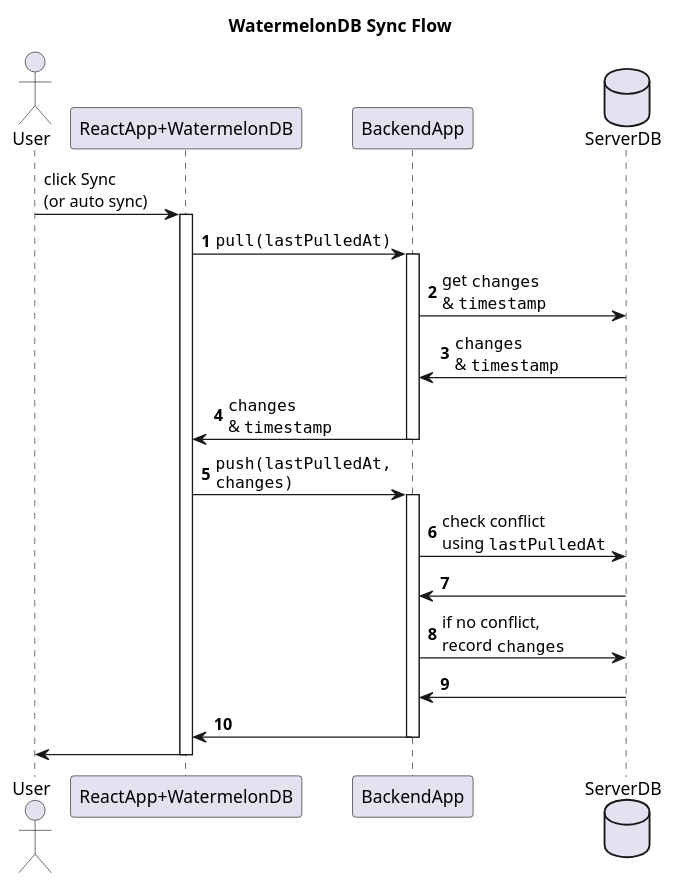
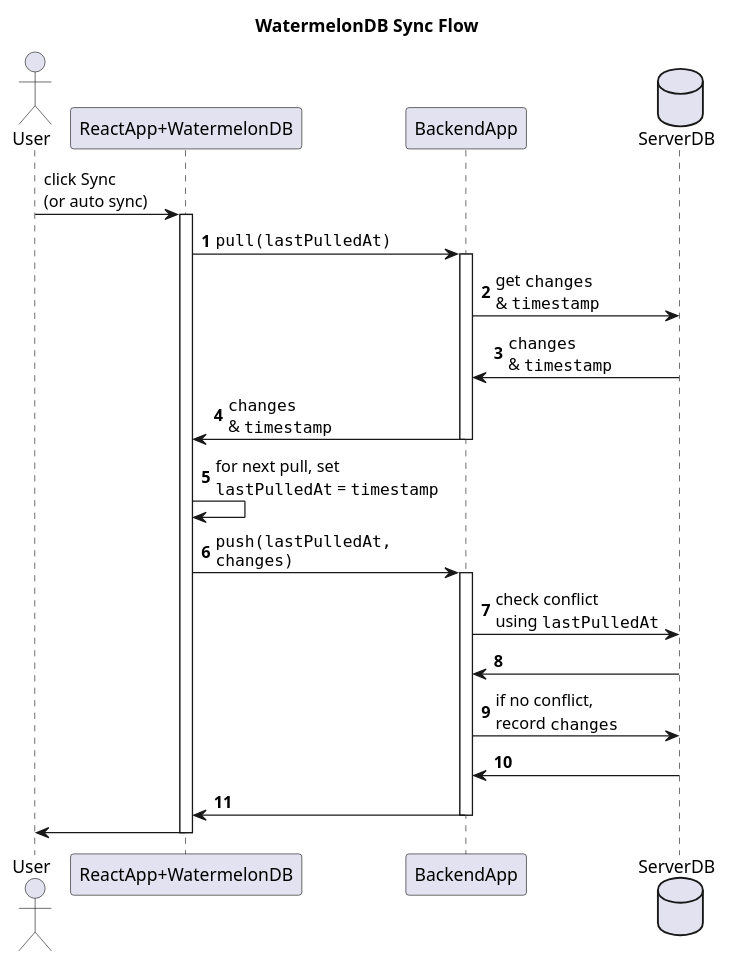
The diagram in diagram/watermelondb-sync-flow.plantuml (fahrinh/my-blog), drawn with PlantUML before and after one commit.

Commit message:
set next lastPulledAt

```diff
--- a/diagram/watermelondb-sync-flow.plantuml
+++ b/diagram/watermelondb-sync-flow.plantuml
@@ -1,41 +1,43 @@
 @startuml
 title WatermelonDB Sync Flow
 
 actor User
 
 participant "ReactApp+WatermelonDB" as ReactApp
 participant BackendApp
 database ServerDB
 
 User -> ReactApp : click Sync\n(or auto sync)
 activate ReactApp
 
 autonumber
 
 ReactApp -> BackendApp : ""pull(lastPulledAt)""
 activate BackendApp
 
 BackendApp -> ServerDB : get ""changes"" \n& ""timestamp""
 ServerDB -> BackendApp : ""changes"" \n& ""timestamp""
 
 BackendApp -> ReactApp : ""changes"" \n& ""timestamp""
 deactivate BackendApp
 
+ReactApp -> ReactApp : for next pull, set\n""lastPulledAt"" = ""timestamp""
+
 ReactApp -> BackendApp : ""push(lastPulledAt,""\n""changes)""
 activate BackendApp
 
 BackendApp -> ServerDB : check conflict\nusing ""lastPulledAt""
 ServerDB -> BackendApp
 
 BackendApp -> ServerDB : if no conflict,\nrecord ""changes""
 ServerDB -> BackendApp
 
 BackendApp -> ReactApp
 deactivate BackendApp
 
 autonumber stop
 
 ReactApp -> User
 deactivate ReactApp
 
 @enduml
```
